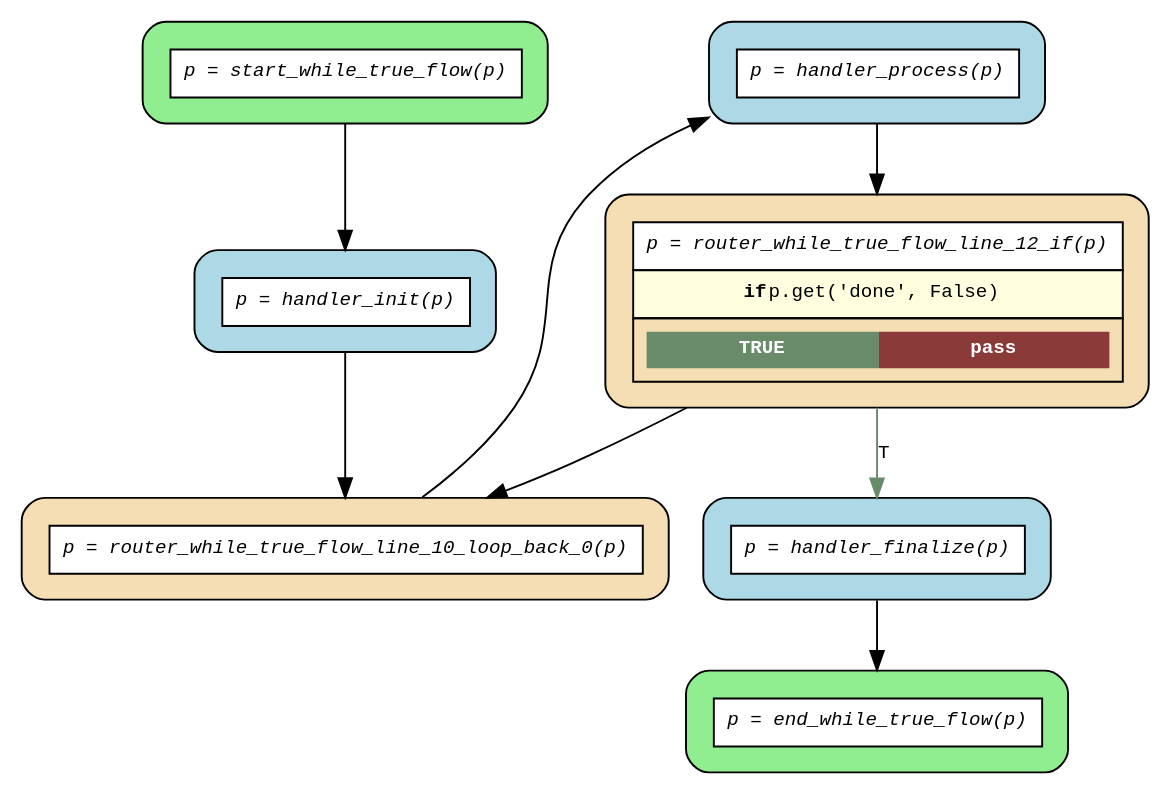
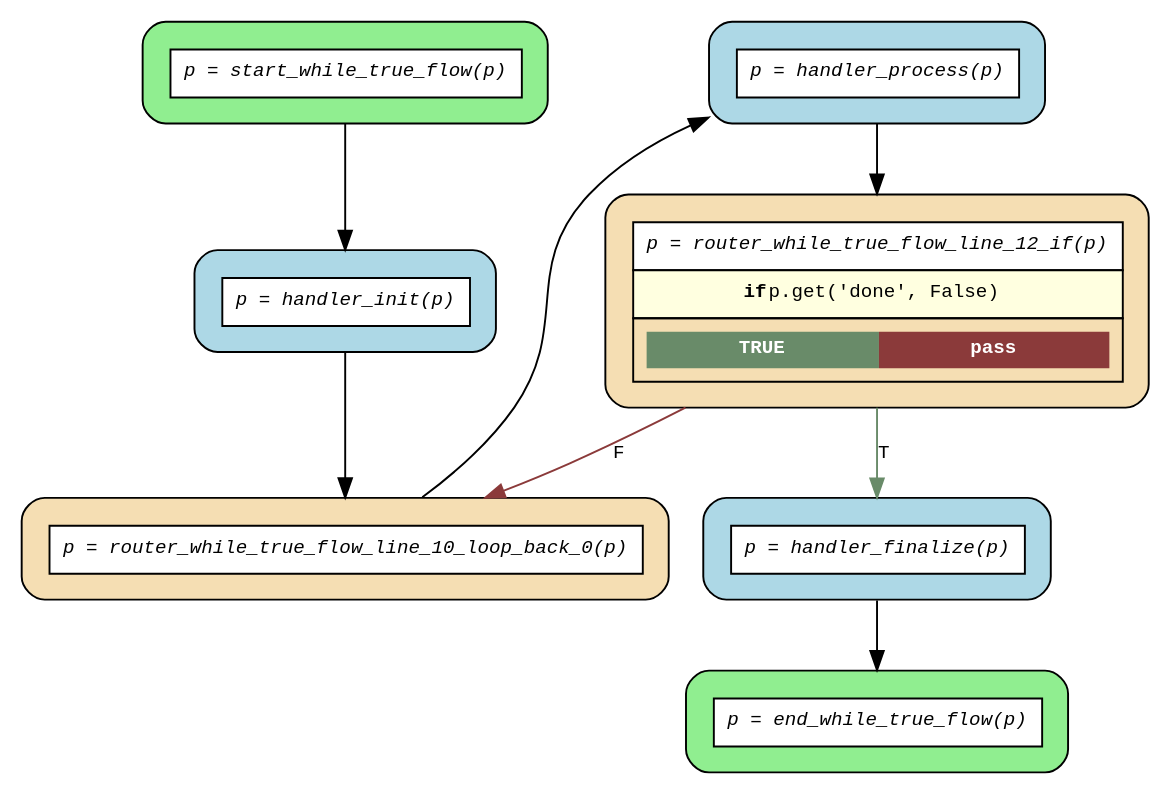
One commit to deliveryhero/asya changed the diagram in examples/flows/compiled/while_true_simple/flow.dot. Above: the diagram before and after it, drawn with Graphviz. The commit also changed 12 other files, not shown here.

```diff
--- a/examples/flows/compiled/while_true_simple/flow.dot
+++ b/examples/flows/compiled/while_true_simple/flow.dot
@@ -1,22 +1,22 @@
 digraph flow {
   rankdir=TB;
   graph [fontname="Courier", fontsize=10];
   node [fontname="Courier", fontsize=10, shape=box, style="filled,rounded", margin="0.2"];
   edge [fontname="Courier", fontsize=10];
 
   start_while_true_flow [fillcolor="lightgreen", label=<<table border="0" cellspacing="0" cellpadding="6" cellborder="1"><tr><td bgcolor="white" align="center"><i>p = start_while_true_flow(p)</i></td></tr></table>>];
   router_while_true_flow_line_12_if [fillcolor="wheat", label=<<table border="0" cellspacing="0" cellpadding="6" cellborder="1"><tr><td bgcolor="white" align="center"><i>p = router_while_true_flow_line_12_if(p)</i></td></tr><tr><td bgcolor="lightyellow"><b>if</b> p.get('done', False)</td></tr><tr><td><table border="0" cellspacing="0" cellpadding="4"><tr><td bgcolor="darkseagreen4"><font color="white"><b>TRUE</b></font></td><td bgcolor="indianred4"><font color="white"><b>pass</b></font></td></tr></table></td></tr></table>>];
   router_while_true_flow_line_10_loop_back_0 [fillcolor="wheat", label=<<table border="0" cellspacing="0" cellpadding="6" cellborder="1"><tr><td bgcolor="white" align="center"><i>p = router_while_true_flow_line_10_loop_back_0(p)</i></td></tr></table>>];
   end_while_true_flow [fillcolor="lightgreen", label=<<table border="0" cellspacing="0" cellpadding="6" cellborder="1"><tr><td bgcolor="white" align="center"><i>p = end_while_true_flow(p)</i></td></tr></table>>];
   handler_finalize [fillcolor="lightblue", label=<<table border="0" cellspacing="0" cellpadding="6" cellborder="1"><tr><td bgcolor="white" align="center"><i>p = handler_finalize(p)</i></td></tr></table>>];
   handler_init [fillcolor="lightblue", label=<<table border="0" cellspacing="0" cellpadding="6" cellborder="1"><tr><td bgcolor="white" align="center"><i>p = handler_init(p)</i></td></tr></table>>];
   handler_process [fillcolor="lightblue", label=<<table border="0" cellspacing="0" cellpadding="6" cellborder="1"><tr><td bgcolor="white" align="center"><i>p = handler_process(p)</i></td></tr></table>>];
 
   handler_finalize -> end_while_true_flow;
   handler_init -> router_while_true_flow_line_10_loop_back_0;
   handler_process -> router_while_true_flow_line_12_if;
   router_while_true_flow_line_10_loop_back_0 -> handler_process [constraint=false];
   router_while_true_flow_line_12_if -> handler_finalize [label="T", color=darkseagreen4];
-  router_while_true_flow_line_12_if -> router_while_true_flow_line_10_loop_back_0;
+  router_while_true_flow_line_12_if -> router_while_true_flow_line_10_loop_back_0 [label="F", color=indianred4];
   start_while_true_flow -> handler_init;
 }
```
